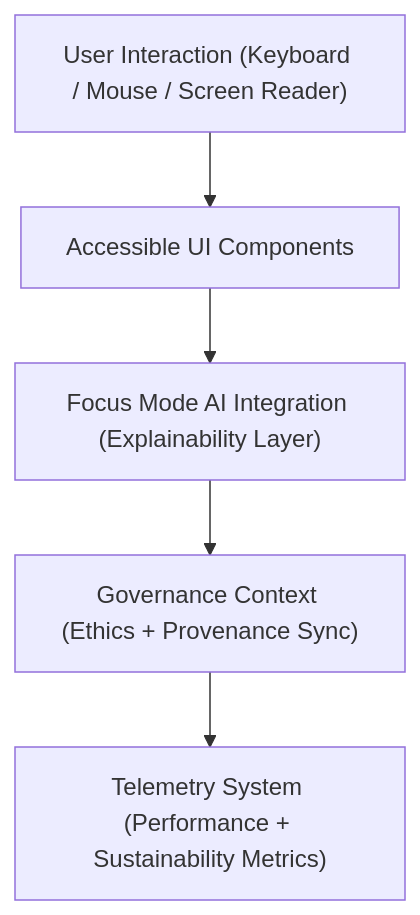
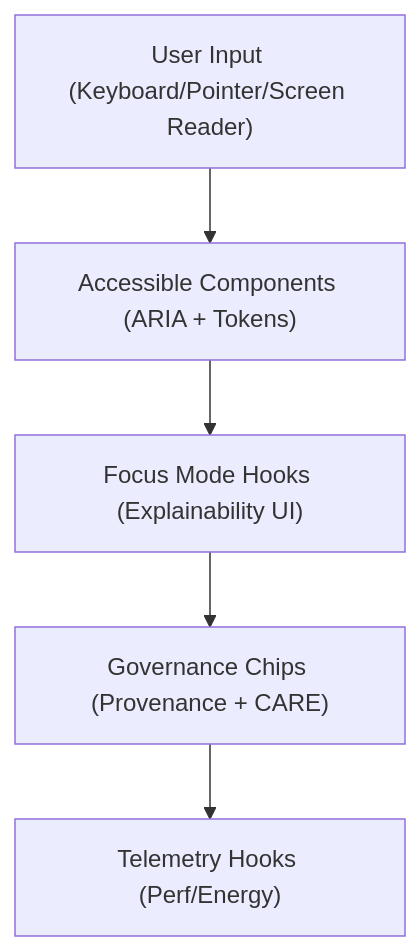
One commit to bartytime4life/Kansas-Frontier-Matrix changed the diagram in web/src/components/README.md. Above: the diagram before and after it, drawn with Mermaid. The commit also changed other lines of this file, not shown here.

````diff
--- a/web/src/components/README.md
+++ b/web/src/components/README.md
@@ -92,7 +83,7 @@
 ```mermaid
 flowchart TD
-    A["User Interaction (Keyboard / Mouse / Screen Reader)"] --> B["Accessible UI Components"]
-    B --> C["Focus Mode AI Integration (Explainability Layer)"]
-    C --> D["Governance Context (Ethics + Provenance Sync)"]
-    D --> E["Telemetry System (Performance + Sustainability Metrics)"]
+A["User Input (Keyboard/Pointer/Screen Reader)"] --> B["Accessible Components (ARIA + Tokens)"]
+B --> C["Focus Mode Hooks (Explainability UI)"]
+C --> D["Governance Chips (Provenance + CARE)"]
+D --> E["Telemetry Hooks (Perf/Energy)"]
 ```
````
